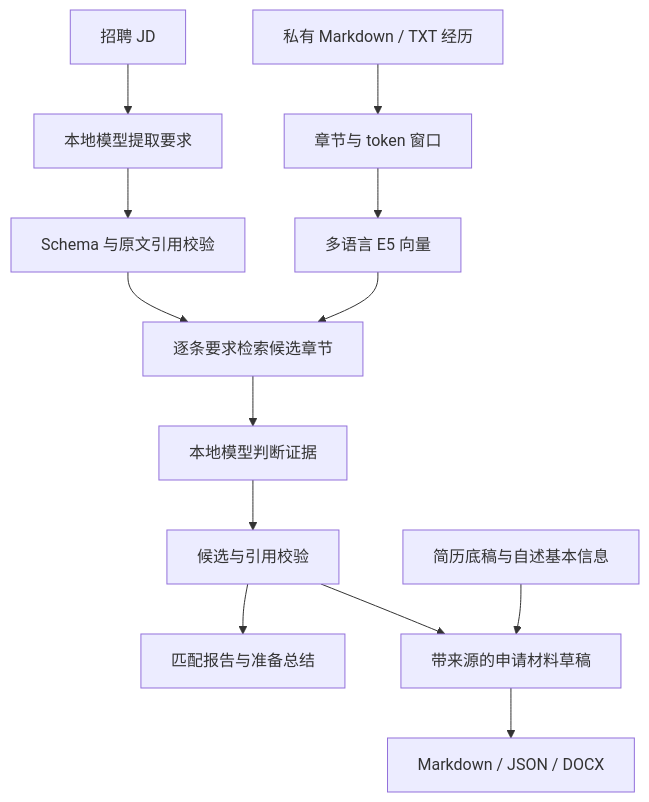
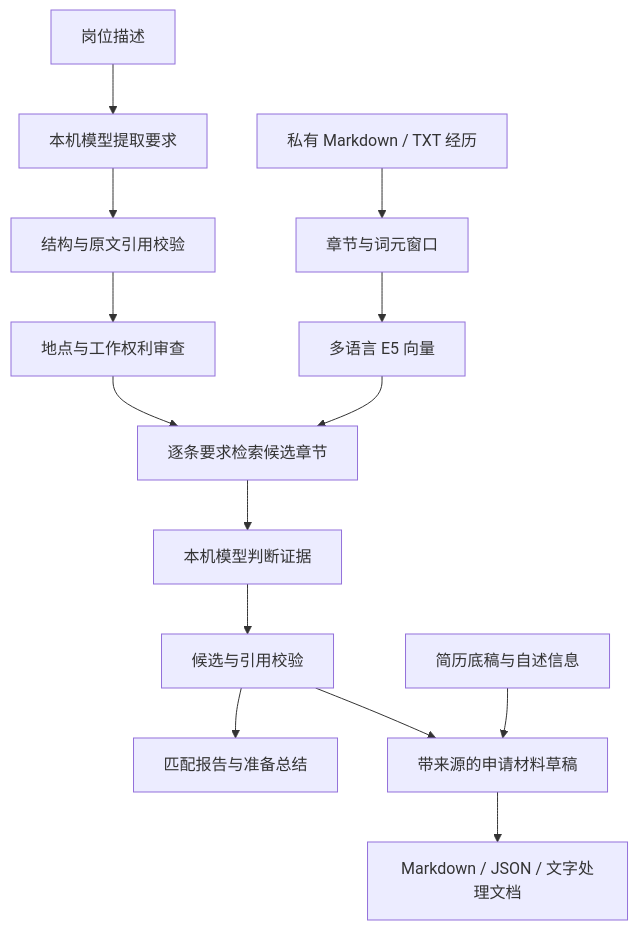
One commit to Maxwell2048/job-application-assistant changed the diagram in README.zh-CN.md. Above: the diagram before and after it, drawn with Mermaid. The commit also changed other lines of this file and 2 other files, not shown here.

````diff
--- a/README.zh-CN.md
+++ b/README.zh-CN.md
@@ -26,15 +79,16 @@
 ```mermaid
 flowchart TD
-    A[私有 Markdown / TXT 经历] --> B[章节与 token 窗口]
+    A[私有 Markdown / TXT 经历] --> B[章节与词元窗口]
     B --> C[多语言 E5 向量]
-    D[招聘 JD] --> E[本地模型提取要求]
-    E --> F[Schema 与原文引用校验]
-    F --> G[逐条要求检索候选章节]
+    D[岗位描述] --> E[本机模型提取要求]
+    E --> F[结构与原文引用校验]
+    F --> FG[地点与工作权利审查]
+    FG --> G[逐条要求检索候选章节]
     C --> G
-    G --> H[本地模型判断证据]
+    G --> H[本机模型判断证据]
     H --> I[候选与引用校验]
     I --> J[匹配报告与准备总结]
     I --> K[带来源的申请材料草稿]
-    L[简历底稿与自述基本信息] --> K
-    K --> M[Markdown / JSON / DOCX]
+    L[简历底稿与自述信息] --> K
+    K --> M[Markdown / JSON / 文字处理文档]
 ```
````
